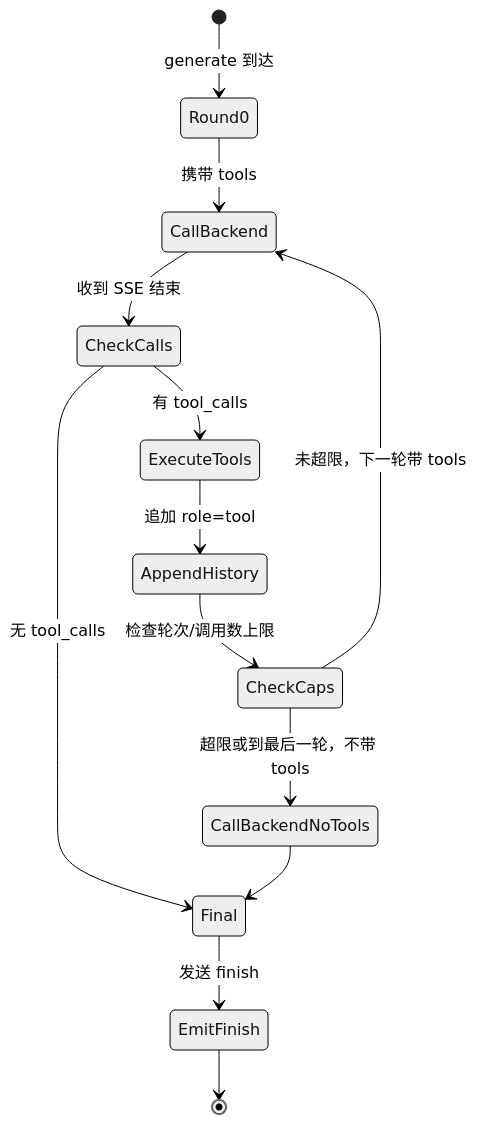
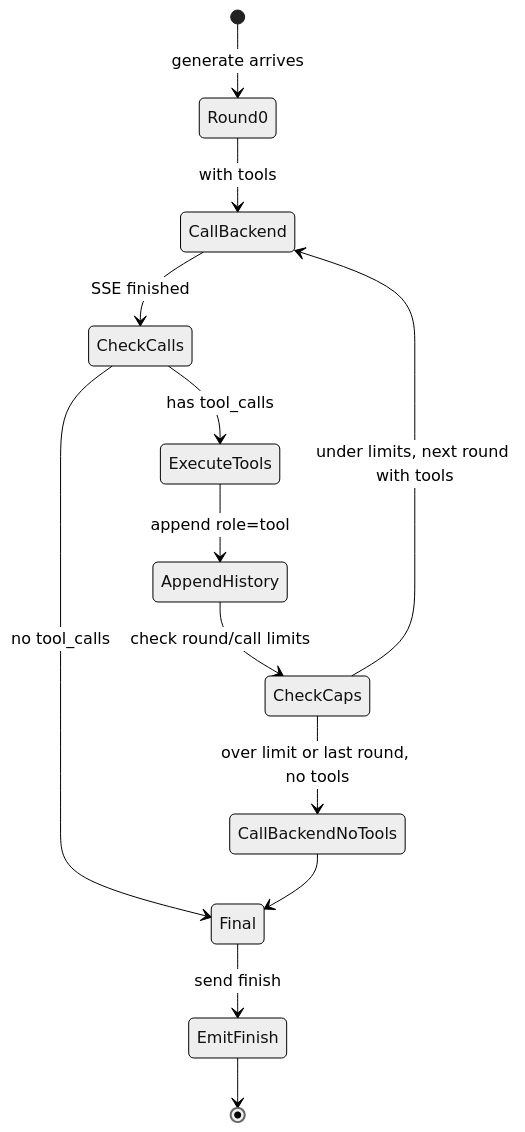
One commit to PassByYou888/LingoFuse-Tools changed the seventh of 15 diagrams in src/pascal_c_to_mcp/code_decl_to_mcp_knowledge_base.md. Above: the diagram before and after it, drawn with Mermaid (neutral theme). The commit also changed other lines of this file, not shown here.

````diff
--- a/src/pascal_c_to_mcp/code_decl_to_mcp_knowledge_base.md
+++ b/src/pascal_c_to_mcp/code_decl_to_mcp_knowledge_base.md
@@ -1063,15 +1064,15 @@
 ```mermaid
 stateDiagram-v2
-    [*] --> Round0: generate 到达
-    Round0 --> CallBackend: 携带 tools
-    CallBackend --> CheckCalls: 收到 SSE 结束
-    CheckCalls --> Final: 无 tool_calls
-    CheckCalls --> ExecuteTools: 有 tool_calls
-    ExecuteTools --> AppendHistory: 追加 role=tool
-    AppendHistory --> CheckCaps: 检查轮次/调用数上限
-    CheckCaps --> CallBackend: 未超限，下一轮带 tools
-    CheckCaps --> CallBackendNoTools: 超限或到最后一轮，不带 tools
+    [*] --> Round0: generate arrives
+    Round0 --> CallBackend: with tools
+    CallBackend --> CheckCalls: SSE finished
+    CheckCalls --> Final: no tool_calls
+    CheckCalls --> ExecuteTools: has tool_calls
+    ExecuteTools --> AppendHistory: append role=tool
+    AppendHistory --> CheckCaps: check round/call limits
+    CheckCaps --> CallBackend: under limits, next round with tools
+    CheckCaps --> CallBackendNoTools: over limit or last round, no tools
     CallBackendNoTools --> Final
-    Final --> EmitFinish: 发送 finish
+    Final --> EmitFinish: send finish
     EmitFinish --> [*]
 ```
````
